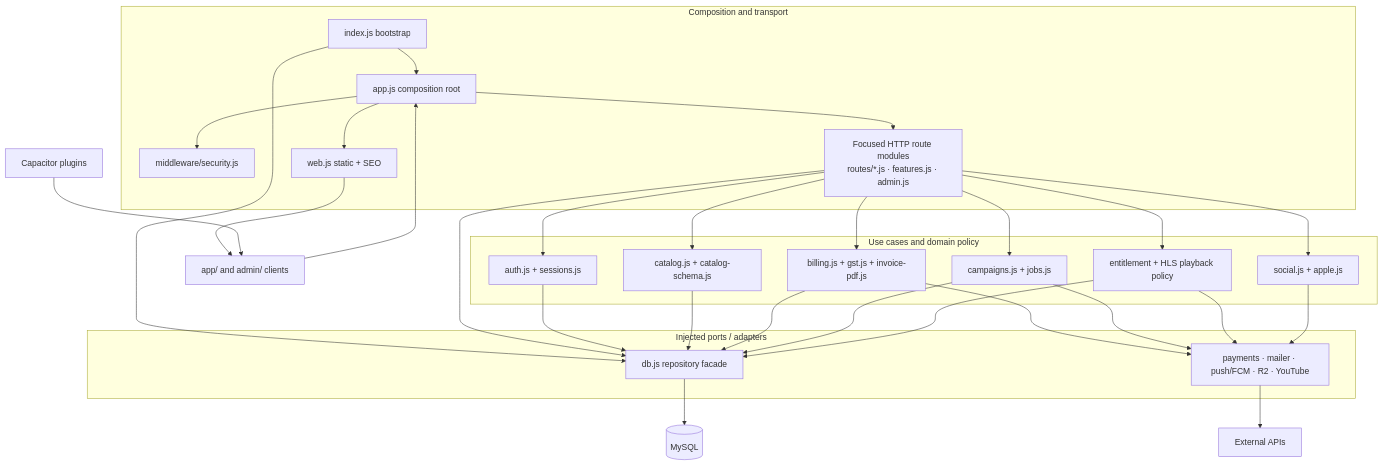
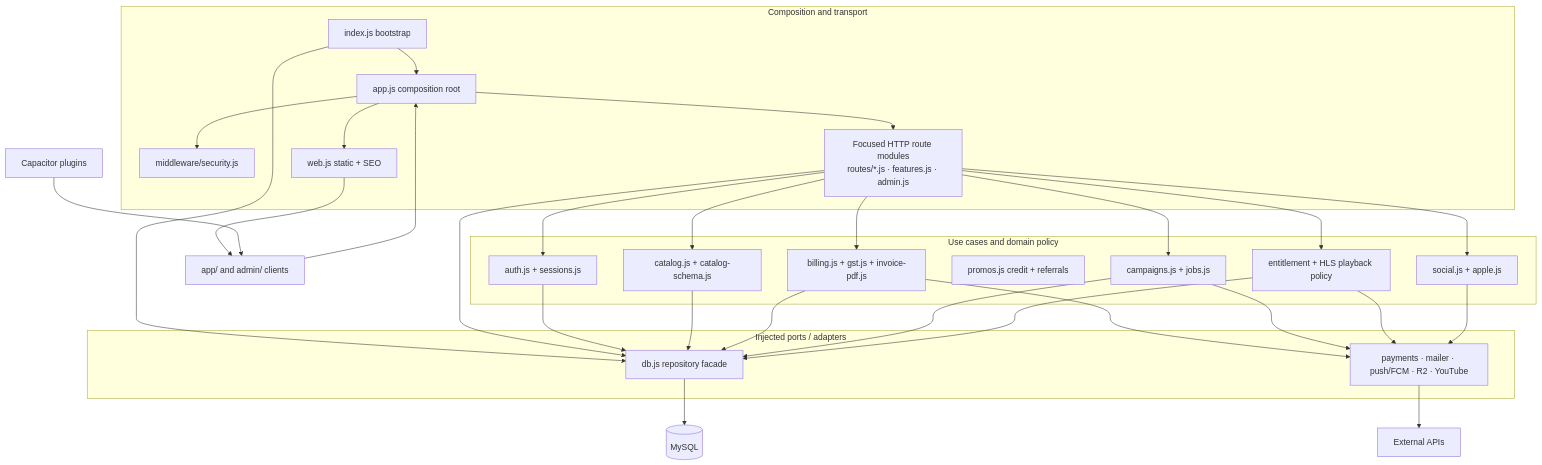
The second of 3 diagrams in docs/ARCHITECTURE.md (sumit2nandi/addabaaz), drawn with Mermaid before and after one commit. The commit also changed other lines of this file and 42 other files, not shown here.

````diff
--- a/docs/ARCHITECTURE.md
+++ b/docs/ARCHITECTURE.md
@@ -157,56 +157,57 @@
 ```mermaid
 flowchart TB
   subgraph composition[Composition and transport]
     index[index.js bootstrap]
     app[app.js composition root]
     sec[middleware/security.js]
     routes[Focused HTTP route modules<br/>routes/*.js · features.js · admin.js]
     web[web.js static + SEO]
   end
 
   subgraph application[Use cases and domain policy]
     auth[auth.js + sessions.js]
     catalog[catalog.js + catalog-schema.js]
     billing[billing.js + gst.js + invoice-pdf.js]
+    promos[promos.js credit + referrals]
     campaigns[campaigns.js + jobs.js]
     media[entitlement + HLS playback policy]
     identity[social.js + apple.js]
   end
 
   subgraph ports[Injected ports / adapters]
     facade[db.js repository facade]
     providers[payments · mailer · push/FCM · R2 · YouTube]
   end
 
   mysql[(MySQL)]
   external[External APIs]
   browser[app/ and admin/ clients]
   native[Capacitor plugins]
 
   index --> app
   index --> facade
   app --> sec
   app --> routes
   app --> web
   routes --> auth
   routes --> catalog
   routes --> billing
   routes --> campaigns
   routes --> media
   routes --> identity
   routes --> facade
   auth --> facade
   catalog --> facade
   billing --> facade
   campaigns --> facade
   media --> facade
   billing --> providers
   campaigns --> providers
   media --> providers
   identity --> providers
   facade --> mysql
   providers --> external
   web --> browser
   browser --> app
   native --> browser
 ```
````
